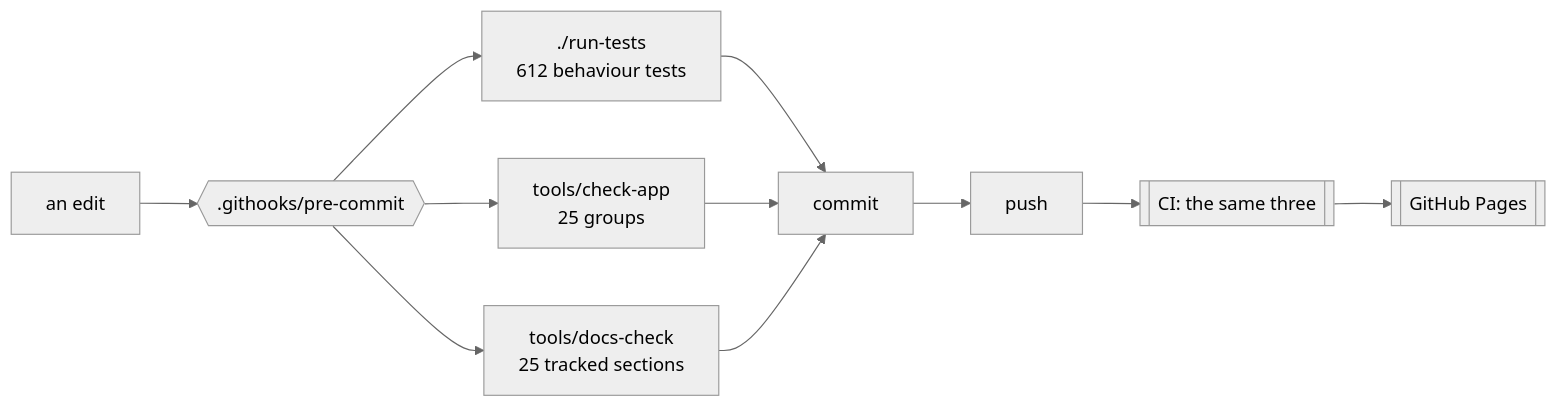
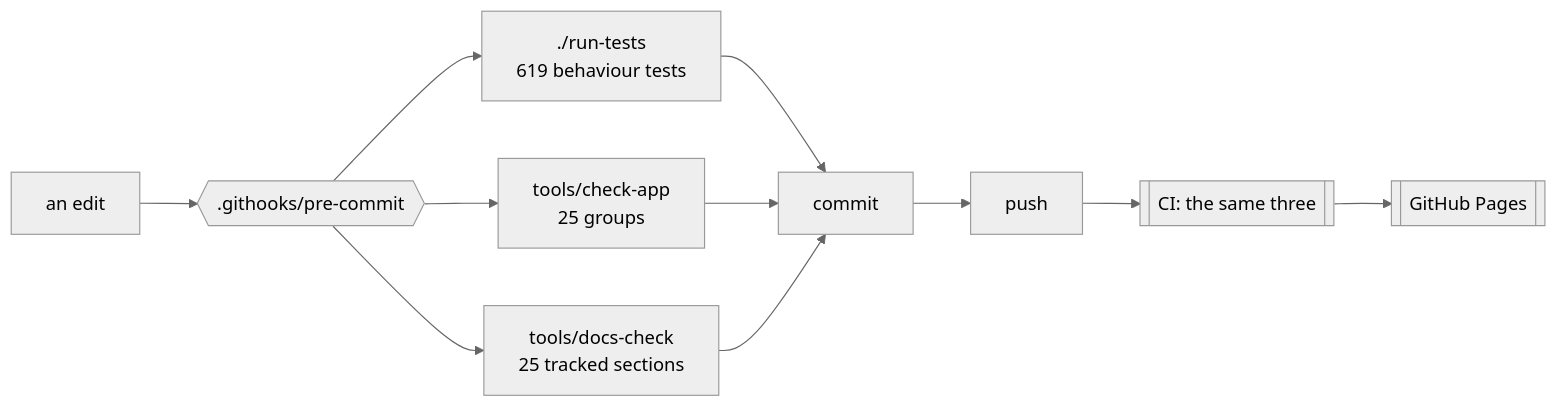
One commit to minormending/crystal-pilot-mobile changed the first of 2 diagrams in docs/DEVELOPING.md. Above: the diagram before and after it, drawn with Mermaid (neutral theme). The commit also changed other lines of this file and 12 other files, not shown here.

````diff
--- a/docs/DEVELOPING.md
+++ b/docs/DEVELOPING.md
@@ -15,12 +15,12 @@
 ```mermaid
 flowchart LR
     E[an edit] --> H{{".githooks/pre-commit"}}
-    H --> T["./run-tests<br/>612 behaviour tests"]
+    H --> T["./run-tests<br/>619 behaviour tests"]
     H --> C["tools/check-app<br/>25 groups"]
     H --> D["tools/docs-check<br/>25 tracked sections"]
     T --> OK[commit]
     C --> OK
     D --> OK
     OK --> P[push] --> CI[["CI: the same three"]]
     CI --> PG[[GitHub Pages]]
 ```
````
